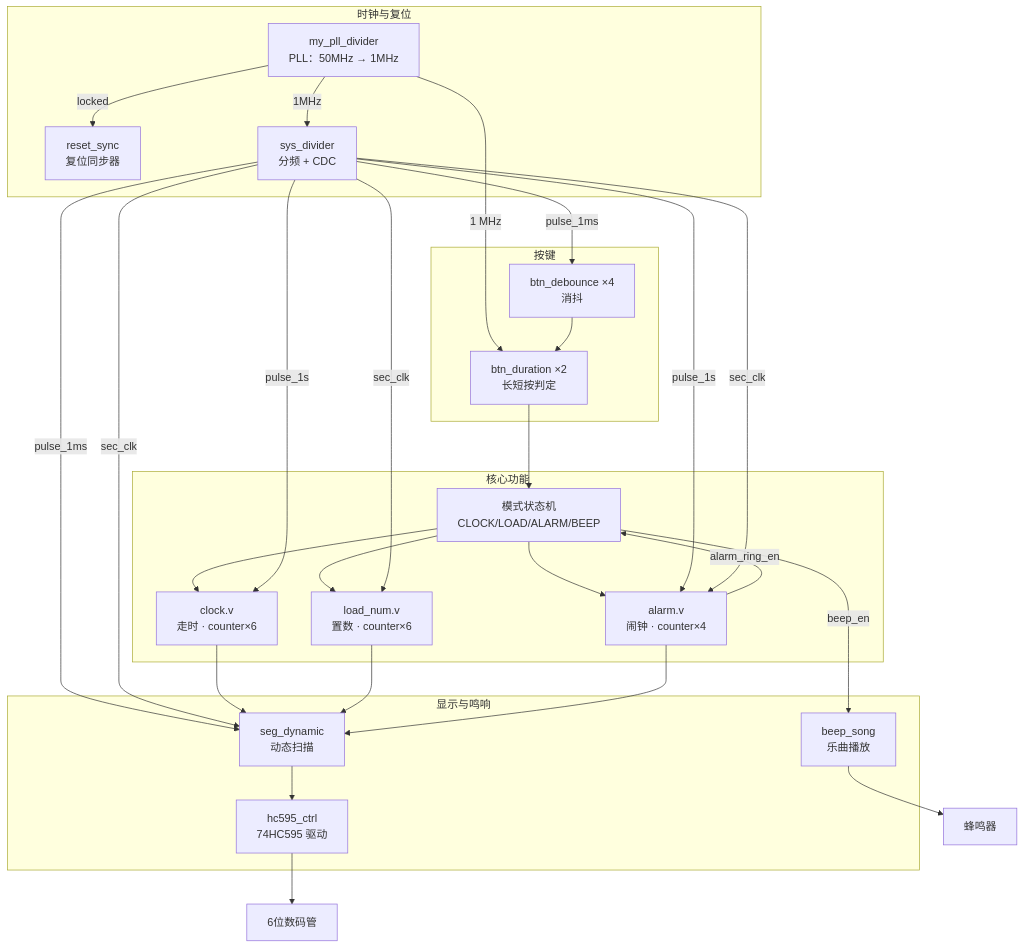
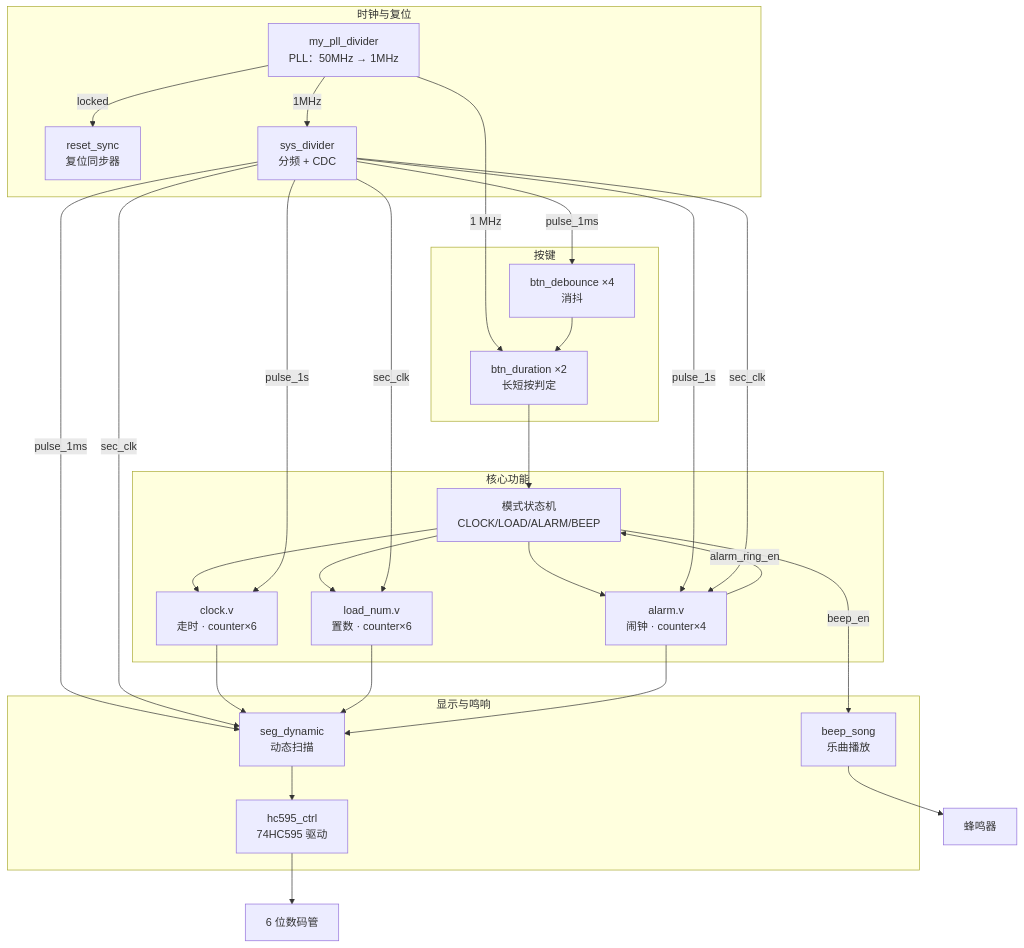
Before and after one commit to Unlimited-Rule-Book/fpga-digital-clock: the diagram in README.md, drawn with Mermaid. The commit also changed other lines of this file and 1 other file, not shown here.

````diff
--- a/README.md
+++ b/README.md
@@ -128,50 +129,50 @@
 ```mermaid
 flowchart TB
     subgraph clk["时钟与复位"]
         PLL["my_pll_divider<br/>PLL：50MHz → 1MHz"]
         RST["reset_sync<br/>复位同步器"]
         DIV["sys_divider<br/>分频 + CDC"]
     end
 
     subgraph key["按键"]
         DB["btn_debounce ×4<br/>消抖"]
         DUR["btn_duration ×2<br/>长短按判定"]
     end
 
     subgraph core["核心功能"]
         FSM["模式状态机<br/>CLOCK/LOAD/ALARM/BEEP"]
         CLK["clock.v<br/>走时 · counter×6"]
         NUM["load_num.v<br/>置数 · counter×6"]
         ALM["alarm.v<br/>闹钟 · counter×4"]
     end
 
     subgraph out["显示与鸣响"]
         SEG["seg_dynamic<br/>动态扫描"]
         HC["hc595_ctrl<br/>74HC595 驱动"]
         BEEP["beep_song<br/>乐曲播放"]
     end
 
     PLL -->|1MHz| DIV
     PLL -->|locked| RST
     PLL -->|1 MHz| DUR
     DIV -->|pulse_1ms| DB
     DB --> DUR
     DUR --> FSM
     FSM --> CLK
     FSM --> NUM
     FSM --> ALM
     FSM -->|beep_en| BEEP
     DIV -->|pulse_1ms| SEG
     DIV -->|pulse_1s| CLK
     DIV -->|pulse_1s| ALM
     DIV -->|sec_clk| NUM
     DIV -->|sec_clk| SEG
     DIV -->|sec_clk| ALM
     CLK --> SEG
     NUM --> SEG
     ALM --> SEG
     SEG --> HC
-    HC --> LED["6位数码管"]
+    HC --> LED["6 位数码管"]
     ALM -->|alarm_ring_en| FSM
     BEEP --> BUZ["蜂鸣器"]
 ```
````
